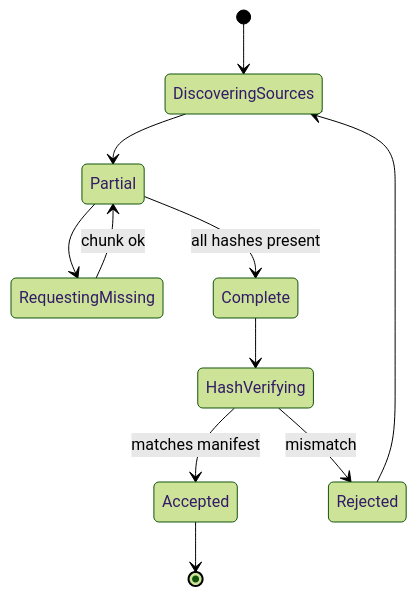
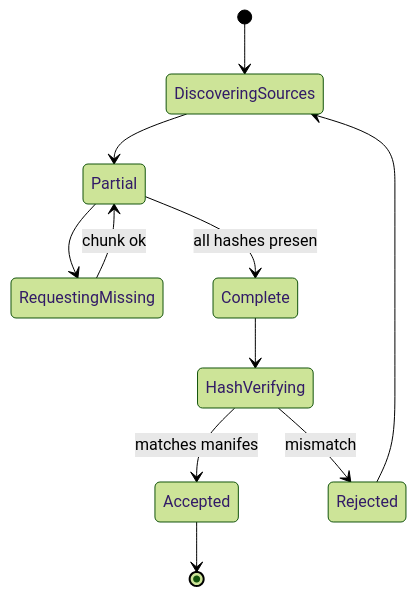
The fourth of 4 diagrams in PROTOCOL_SPEC.md (Rifat-Hossain49/July_hackathon), drawn with Mermaid (forest theme) before and after one commit. The commit also changed other lines of this file and 13 other files, not shown here.

````diff
--- a/PROTOCOL_SPEC.md
+++ b/PROTOCOL_SPEC.md
@@ -677,13 +741,13 @@
 ```mermaid
 stateDiagram-v2
   [*] --> DiscoveringSources
   DiscoveringSources --> Partial
   Partial --> RequestingMissing
   RequestingMissing --> Partial: chunk ok
-  Partial --> Complete: all hashes present
+  Partial --> Complete: all hashes presen
   Complete --> HashVerifying
-  HashVerifying --> Accepted: matches manifest
+  HashVerifying --> Accepted: matches manifes
   HashVerifying --> Rejected: mismatch
   Accepted --> [*]
   Rejected --> DiscoveringSources
 ```
````
